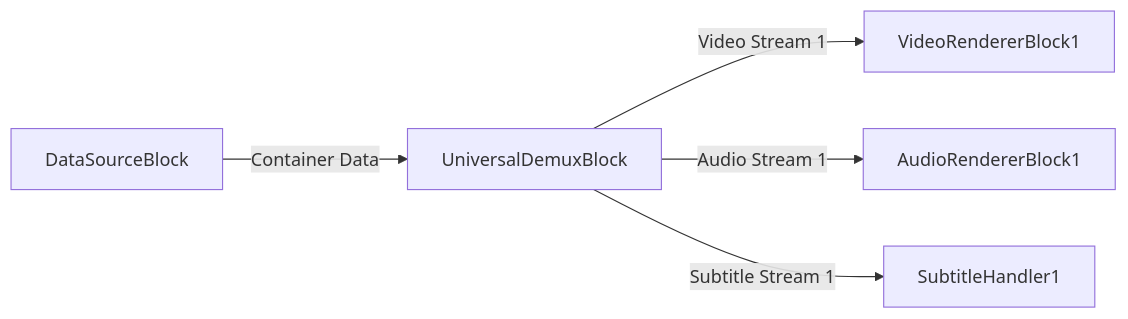
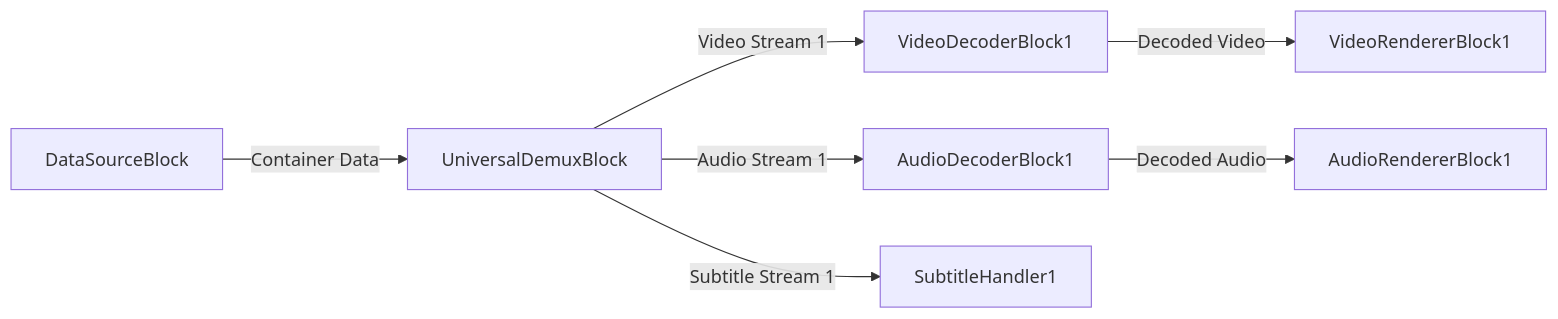
Before and after one commit to visioforge/help: the third of 4 diagrams in dotnet/mediablocks/Demuxers/index.md, drawn with Mermaid. The commit also changed other lines of this file and 194 other files, not shown here.

````diff
--- a/dotnet/mediablocks/Demuxers/index.md
+++ b/dotnet/mediablocks/Demuxers/index.md
@@ -257,7 +275,9 @@
 ```mermaid
 graph LR;
     DataSourceBlock -- Container Data --> UniversalDemuxBlock;
-    UniversalDemuxBlock -- Video Stream 1 --> VideoRendererBlock1;
-    UniversalDemuxBlock -- Audio Stream 1 --> AudioRendererBlock1;
+    UniversalDemuxBlock -- Video Stream 1 --> VideoDecoderBlock1;
+    VideoDecoderBlock1 -- Decoded Video --> VideoRendererBlock1;
+    UniversalDemuxBlock -- Audio Stream 1 --> AudioDecoderBlock1;
+    AudioDecoderBlock1 -- Decoded Audio --> AudioRendererBlock1;
     UniversalDemuxBlock -- Subtitle Stream 1 --> SubtitleHandler1;
 ```
````
